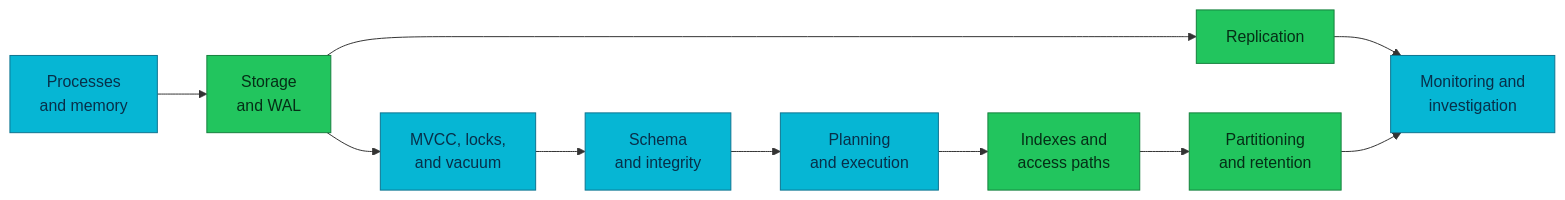
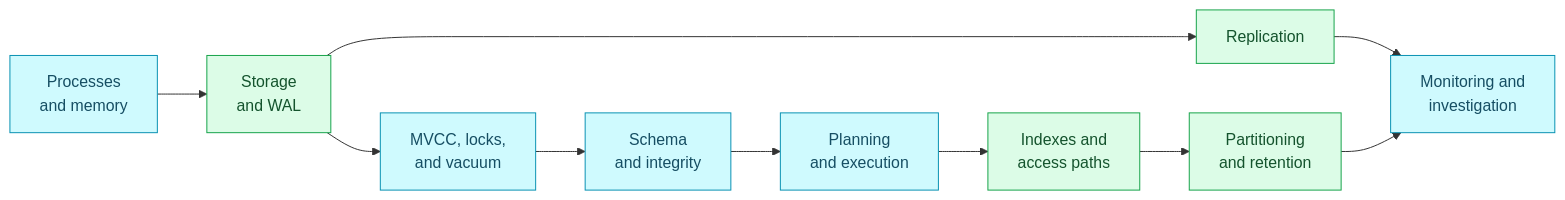
Before and after one commit to duynhlab/homelab: the diagram in docs/databases/fundamentals/README.md, drawn with Mermaid. The commit also changed 174 other files, not shown here.

First line of the commit message:
Soft-tint diagram palette, a signal-flow diagram, a Linux-ready Draw.io skill

````diff
--- a/docs/databases/fundamentals/README.md
+++ b/docs/databases/fundamentals/README.md
@@ -31,17 +31,17 @@
 ```mermaid
 flowchart LR
     Process["Processes<br/>and memory"] --> Storage["Storage<br/>and WAL"]
     Storage --> MVCC["MVCC, locks,<br/>and vacuum"]
     MVCC --> Schema["Schema<br/>and integrity"]
     Schema --> Query["Planning<br/>and execution"]
     Query --> Index["Indexes and<br/>access paths"]
     Index --> Partition["Partitioning<br/>and retention"]
     Storage --> Replication["Replication"]
     Replication --> Monitor["Monitoring and<br/>investigation"]
     Partition --> Monitor
 
-    classDef service fill:#06b6d4,color:#082f49,stroke:#0e7490;
-    classDef data fill:#22c55e,color:#052e16,stroke:#15803d;
+    classDef service fill:#cffafe,color:#164e63,stroke:#0891b2;
+    classDef data fill:#dcfce7,color:#14532d,stroke:#16a34a;
     class Process,MVCC,Schema,Query,Monitor service;
     class Storage,Index,Partition,Replication data;
 ```
````
